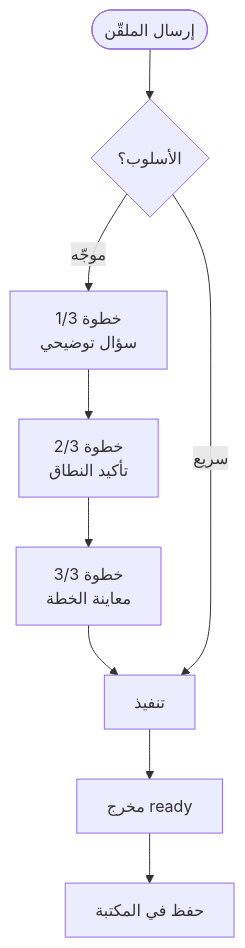
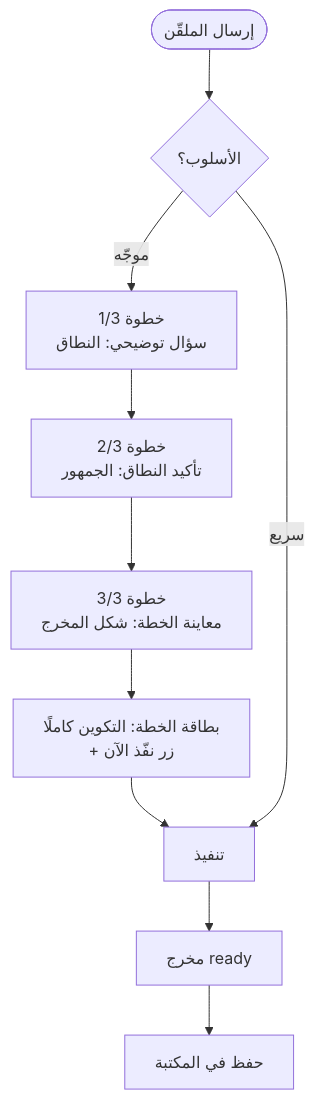
The second of 3 diagrams in docs/02-experience/interaction-logic.md (zoih6/minsaj-ai-platform), drawn with Mermaid before and after one commit. The commit also changed other lines of this file and 9 other files, not shown here.

````diff
--- a/docs/02-experience/interaction-logic.md
+++ b/docs/02-experience/interaction-logic.md
@@ -53,11 +53,12 @@
 ```mermaid
 flowchart TB
     START(["إرسال الملقّن"]) --> Q{"الأسلوب؟"}
-    Q -->|موجّه| W1["خطوة 1/3<br>سؤال توضيحي"]
-    W1 --> W2["خطوة 2/3<br>تأكيد النطاق"]
-    W2 --> W3["خطوة 3/3<br>معاينة الخطة"]
-    W3 --> RUN["تنفيذ"]
+    Q -->|موجّه| W1["خطوة 1/3<br>سؤال توضيحي: النطاق"]
+    W1 --> W2["خطوة 2/3<br>تأكيد النطاق: الجمهور"]
+    W2 --> W3["خطوة 3/3<br>معاينة الخطة: شكل المخرج"]
+    W3 --> PLAN["بطاقة الخطة: التكوين كاملًا<br>+ زر نفّذ الآن"]
+    PLAN --> RUN["تنفيذ"]
     Q -->|سريع| RUN
     RUN --> READY["مخرج ready"]
     READY --> SAVE["حفظ في المكتبة"]
 ```
````
